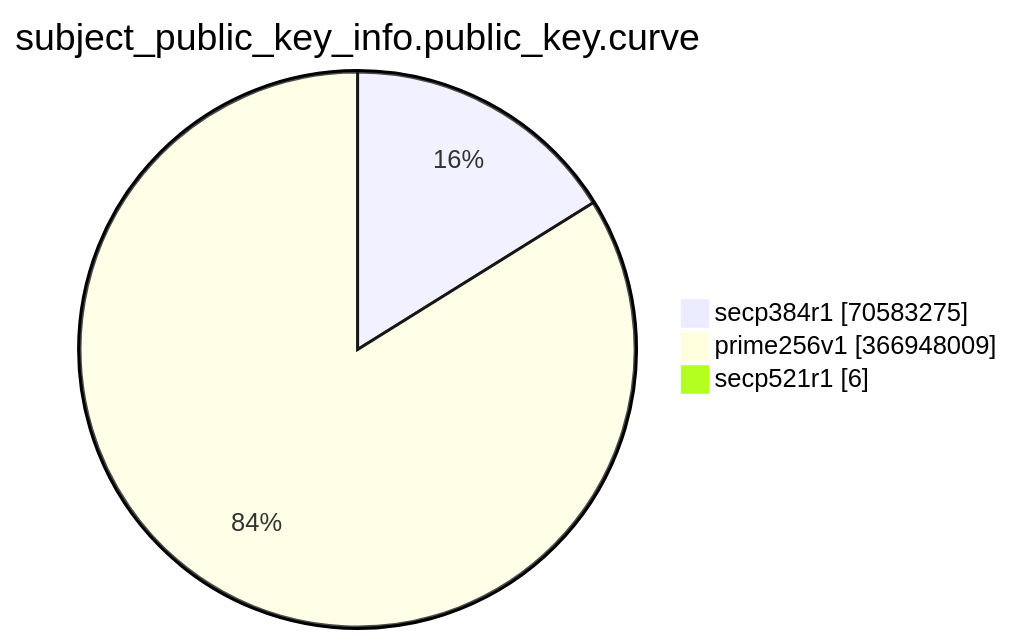
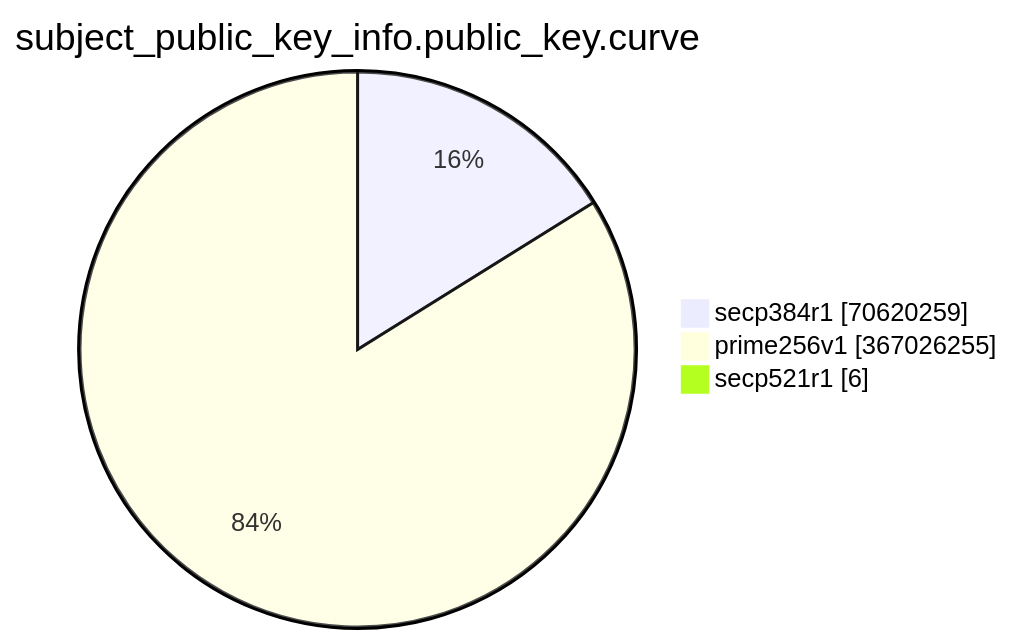
Before and after one commit to christiankrug/ctmonitor_visualization: the eighth of 15 diagrams in TOTAL/README.md, drawn with Mermaid. The commit also changed other lines of this file, not shown here.

````diff
--- a/TOTAL/README.md
+++ b/TOTAL/README.md
@@ -3094,7 +3094,7 @@
 ```mermaid
 pie showData
 title subject_public_key_info.public_key.curve
-"secp384r1" :70583275
-"prime256v1" :366948009
+"secp384r1" :70620259
+"prime256v1" :367026255
 "secp521r1" :6
 ```
````
